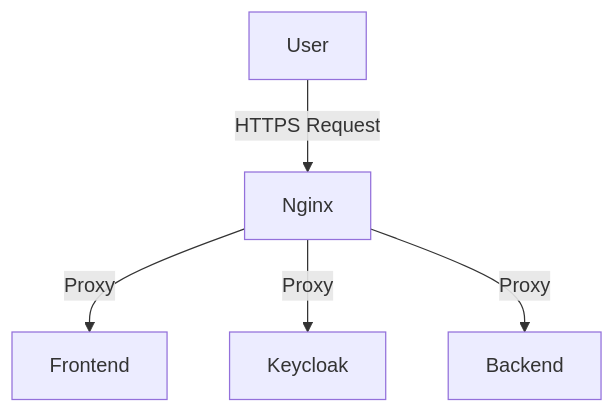
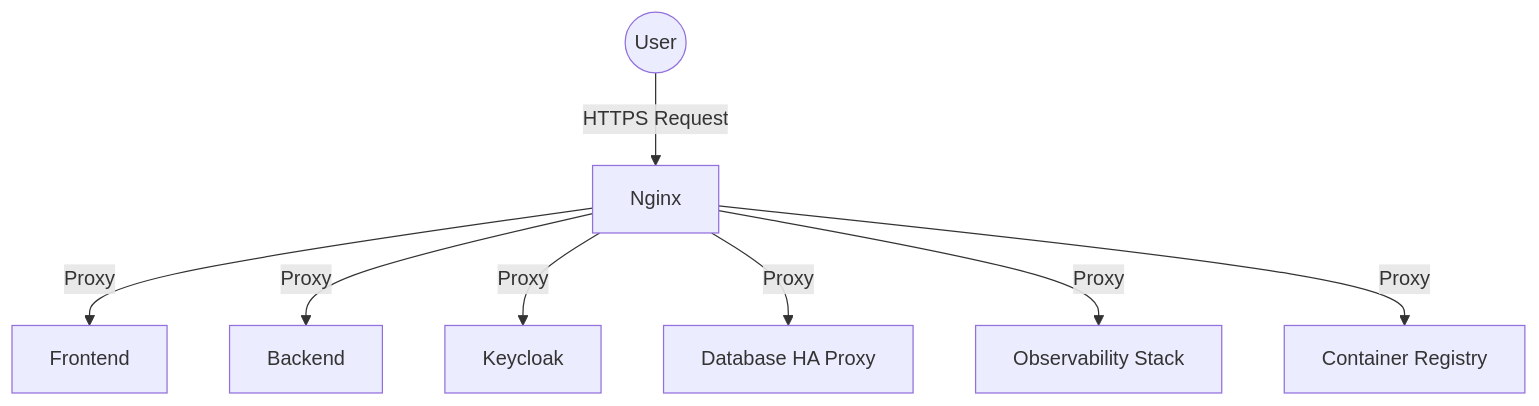
The sixth of 8 diagrams in diagrams/services-diageam.md (danialmd81/Code-Star-Project), drawn with Mermaid before and after one commit. The commit also changed other lines of this file and 2 other files, not shown here.

Commit message:
Refactor service diagrams for improved clarity and update OTLP receiver configuration in OpenTelemetry Collector

````diff
--- a/diagrams/services-diageam.md
+++ b/diagrams/services-diageam.md
@@ -118,7 +125,19 @@
 ```mermaid
 graph TD
-  User -->|HTTPS Request| Nginx[Nginx]
-  Nginx -->|Proxy| Frontend
-  Nginx -->|Proxy| Keycloak
-  Nginx -->|Proxy| Backend
+  user((User))
+  nginx[Nginx]
+  frontend[Frontend]
+  keycloak[Keycloak]
+  backend[Backend]
+  database[Database HA Proxy]
+  monitoring[Observability Stack]
+  registry[Container Registry]
+
+  user -->|HTTPS Request| nginx
+  nginx -->|Proxy| frontend
+  nginx -->|Proxy| backend
+  nginx -->|Proxy| keycloak
+  nginx -->|Proxy| database
+  nginx -->|Proxy| monitoring
+  nginx -->|Proxy| registry
 ```
````
